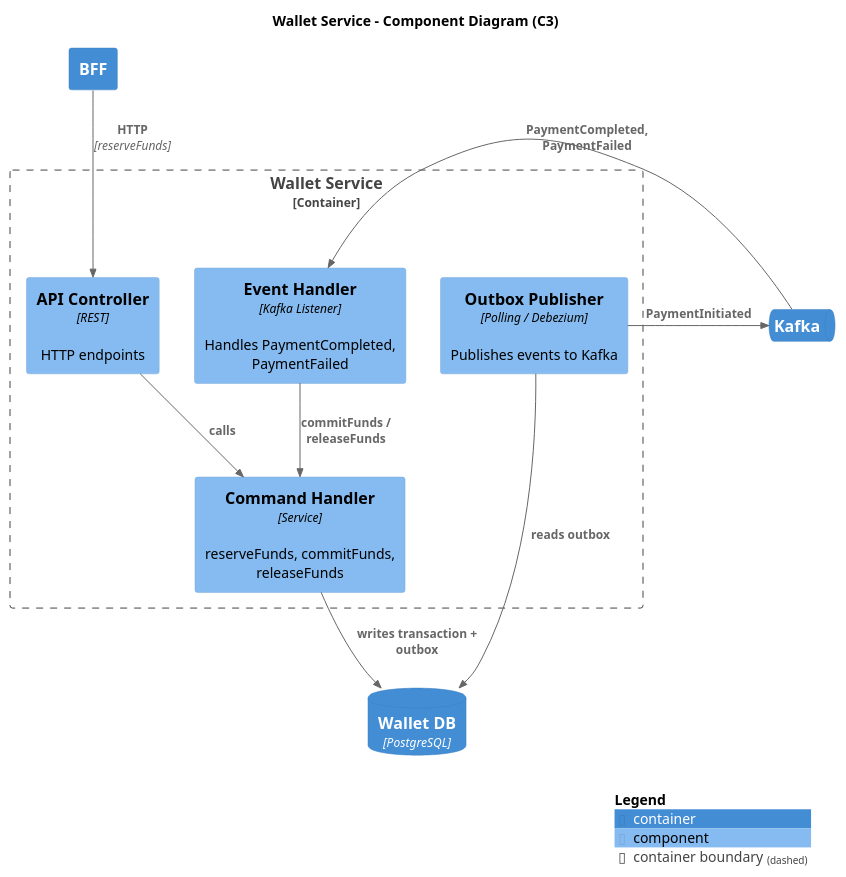
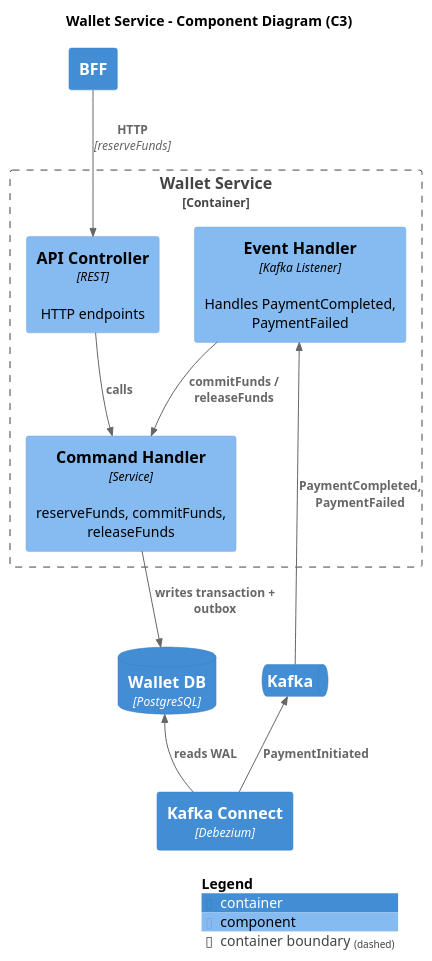
The diagram in week2/diagrams/c3-wallet.puml (krsvyat/system-design), drawn with PlantUML before and after one commit. The commit also changed 4 other files, not shown here.

```diff
--- a/week2/diagrams/c3-wallet.puml
+++ b/week2/diagrams/c3-wallet.puml
@@ -1,32 +1,34 @@
 @startuml c3_wallet
 !include https://raw.githubusercontent.com/plantuml-stdlib/C4-PlantUML/master/C4_Component.puml
 
 title Wallet Service - Component Diagram (C3)
 
 Container(bff, "BFF", "", "")
 ContainerQueue(kafka, "Kafka", "", "")
 ContainerDb(db, "Wallet DB", "PostgreSQL", "")
+Container(kafka_connect, "Kafka Connect", "Debezium", "")
 
 Container_Boundary(wallet, "Wallet Service") {
     Component(api, "API Controller", "REST", "HTTP endpoints")
     Component(command, "Command Handler", "Service", "reserveFunds, commitFunds, releaseFunds")
     Component(event_handler, "Event Handler", "Kafka Listener", "Handles PaymentCompleted, PaymentFailed")
-    Component(outbox_publisher, "Outbox Publisher", "Polling / Debezium", "Publishes events to Kafka")
 }
 
 ' External -> Wallet
 Rel_D(bff, api, "HTTP", "reserveFunds")
 Rel_D(api, command, "calls")
 
 ' Internal flow
 Rel_D(command, db, "writes transaction + outbox")
 Rel_D(event_handler, command, "commitFunds / releaseFunds")
-Rel_U(outbox_publisher, db, "reads outbox")
 
 ' Kafka integration
-Rel_R(outbox_publisher, kafka, "PaymentInitiated")
 Rel_L(kafka, event_handler, "PaymentCompleted, PaymentFailed")
+
+' CDC
+Rel_U(kafka_connect, db, "reads WAL")
+Rel_U(kafka_connect, kafka, "PaymentInitiated")
 
 SHOW_LEGEND()
 
 @enduml
```
